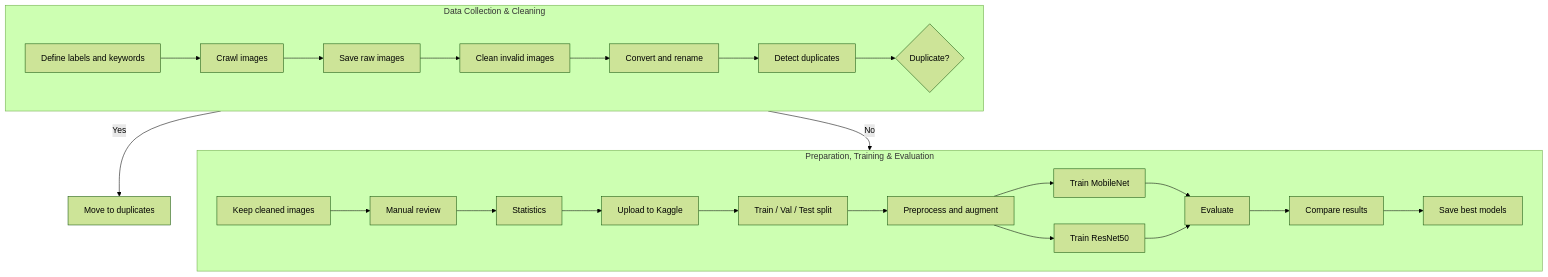
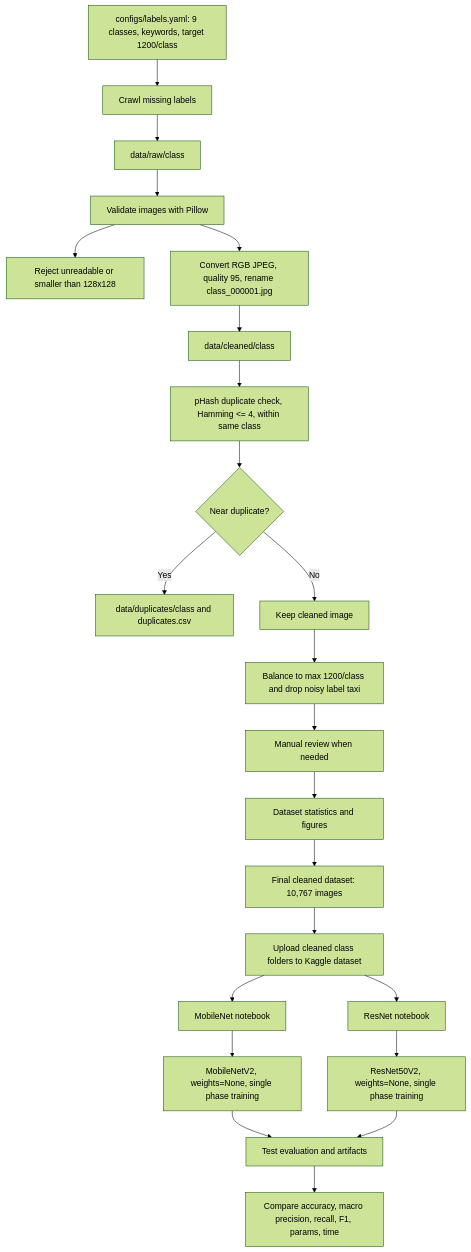
The diagram in traffic_vehicle_classification/report_docs/mermaid/project_overall_flow.mmd (flyingdoggoo/vehicle-classification), drawn with Mermaid (forest theme) before and after one commit. The commit also changed 22 other files, not shown here.

```diff
--- a/traffic_vehicle_classification/report_docs/mermaid/project_overall_flow.mmd
+++ b/traffic_vehicle_classification/report_docs/mermaid/project_overall_flow.mmd
@@ -1,43 +1,23 @@
 flowchart TB
-
-%% TOP ROW
-subgraph TOP[Data Collection & Cleaning]
-direction LR
-    A[Define labels and keywords]
-    B[Crawl images]
-    C[Save raw images]
-    D[Clean invalid images]
-    E[Convert and rename]
-    F[Detect duplicates]
-    G{Duplicate?}
-
-    A --> B --> C --> D --> E --> F --> G
-end
-
-%% BOTTOM ROW
-subgraph BOTTOM[Preparation, Training & Evaluation]
-direction LR
-    I[Keep cleaned images]
-    J[Manual review]
-    K[Statistics]
-    L[Upload to Kaggle]
-    M[Train / Val / Test split]
-    N[Preprocess and augment]
-    O[Train MobileNet]
-    P[Train ResNet50]
-    Q[Evaluate]
-    R[Compare results]
-    S[Save best models]
-
-    I --> J --> K --> L --> M --> N
-    N --> O
-    N --> P
-    O --> Q
-    P --> Q
-    Q --> R --> S
-end
-
-H[Move to duplicates]
-
-G -- Yes --> H
-G -- No --> I
+    A[configs/labels.yaml: 9 classes, keywords, target 1200/class] --> B[Crawl missing labels]
+    B --> C[data/raw/class]
+    C --> D[Validate images with Pillow]
+    D --> E[Reject unreadable or smaller than 128x128]
+    D --> F[Convert RGB JPEG, quality 95, rename class_000001.jpg]
+    F --> G[data/cleaned/class]
+    G --> H[pHash duplicate check, Hamming <= 4, within same class]
+    H --> I{Near duplicate?}
+    I -- Yes --> J[data/duplicates/class and duplicates.csv]
+    I -- No --> K[Keep cleaned image]
+    K --> L[Balance to max 1200/class and drop noisy label taxi]
+    L --> M[Manual review when needed]
+    M --> N[Dataset statistics and figures]
+    N --> O[Final cleaned dataset: 10,767 images]
+    O --> P[Upload cleaned class folders to Kaggle dataset]
+    P --> Q[MobileNet notebook]
+    P --> R[ResNet notebook]
+    Q --> S[MobileNetV2, weights=None, single phase training]
+    R --> T[ResNet50V2, weights=None, single phase training]
+    S --> U[Test evaluation and artifacts]
+    T --> U
+    U --> V[Compare accuracy, macro precision, recall, F1, params, time]
```
